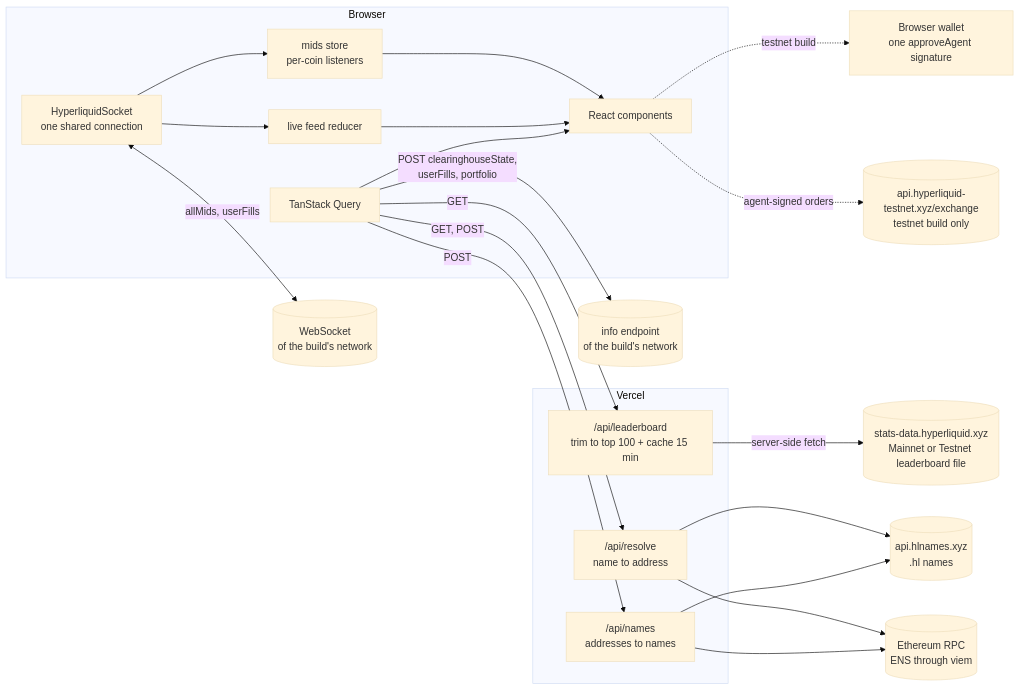
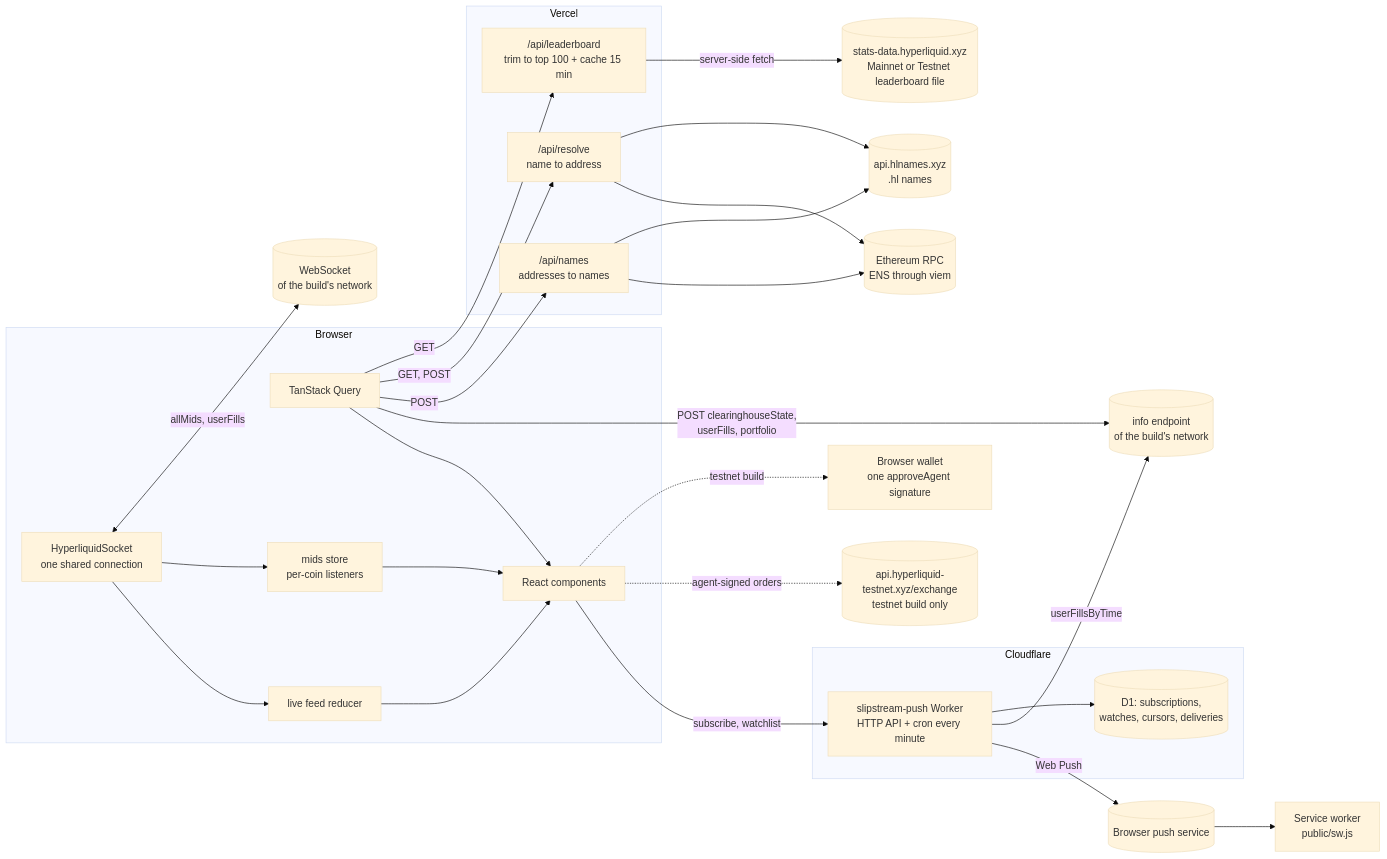
The diagram in README.md (lukicenturi/slipstream), drawn with Mermaid (base theme) before and after one commit. The commit also changed other lines of this file and 57 other files, not shown here.

First line of the commit message:
feat: native push alerts with a Cloudflare Worker watcher

````diff
--- a/README.md
+++ b/README.md
@@ -47,42 +47,54 @@
 ```mermaid
 flowchart LR
   subgraph Browser
     UI[React components]
     Q[TanStack Query]
     WS[HyperliquidSocket<br/>one shared connection]
     Mids[mids store<br/>per-coin listeners]
     Feed[live feed reducer]
   end
 
   subgraph Vercel
     Route["/api/leaderboard<br/>trim to top 100 + cache 15 min"]
     Resolve["/api/resolve<br/>name to address"]
     Names["/api/names<br/>addresses to names"]
   end
 
   Stats[(stats-data.hyperliquid.xyz<br/>Mainnet or Testnet leaderboard file)]
   HLN[(api.hlnames.xyz<br/>.hl names)]
   RPC[(Ethereum RPC<br/>ENS through viem)]
   Info[(info endpoint<br/>of the build's network)]
   Socket[(WebSocket<br/>of the build's network)]
   Exchange[(api.hyperliquid-testnet.xyz/exchange<br/>testnet build only)]
   Wallet[Browser wallet<br/>one approveAgent signature]
 
+  subgraph Cloudflare
+    PushWorker["slipstream-push Worker<br/>HTTP API + cron every minute"]
+    D1[(D1: subscriptions,<br/>watches, cursors, deliveries)]
+  end
+  PushSvc[(Browser push service)]
+  SW[Service worker<br/>public/sw.js]
+
   Q -->|GET| Route
   Route -->|server-side fetch| Stats
   Q -->|GET, POST| Resolve
   Q -->|POST| Names
   Resolve --> HLN
   Resolve --> RPC
   Names --> HLN
   Names --> RPC
   Q -->|POST clearinghouseState,<br/>userFills, portfolio| Info
   WS <-->|allMids, userFills| Socket
   WS --> Mids
   WS --> Feed
   Mids --> UI
   Feed --> UI
   Q --> UI
   UI -.->|testnet build| Wallet
   UI -.->|agent-signed orders| Exchange
+  UI -->|subscribe, watchlist| PushWorker
+  PushWorker --> D1
+  PushWorker -->|userFillsByTime| Info
+  PushWorker -->|Web Push| PushSvc
+  PushSvc --> SW
 ```
````
